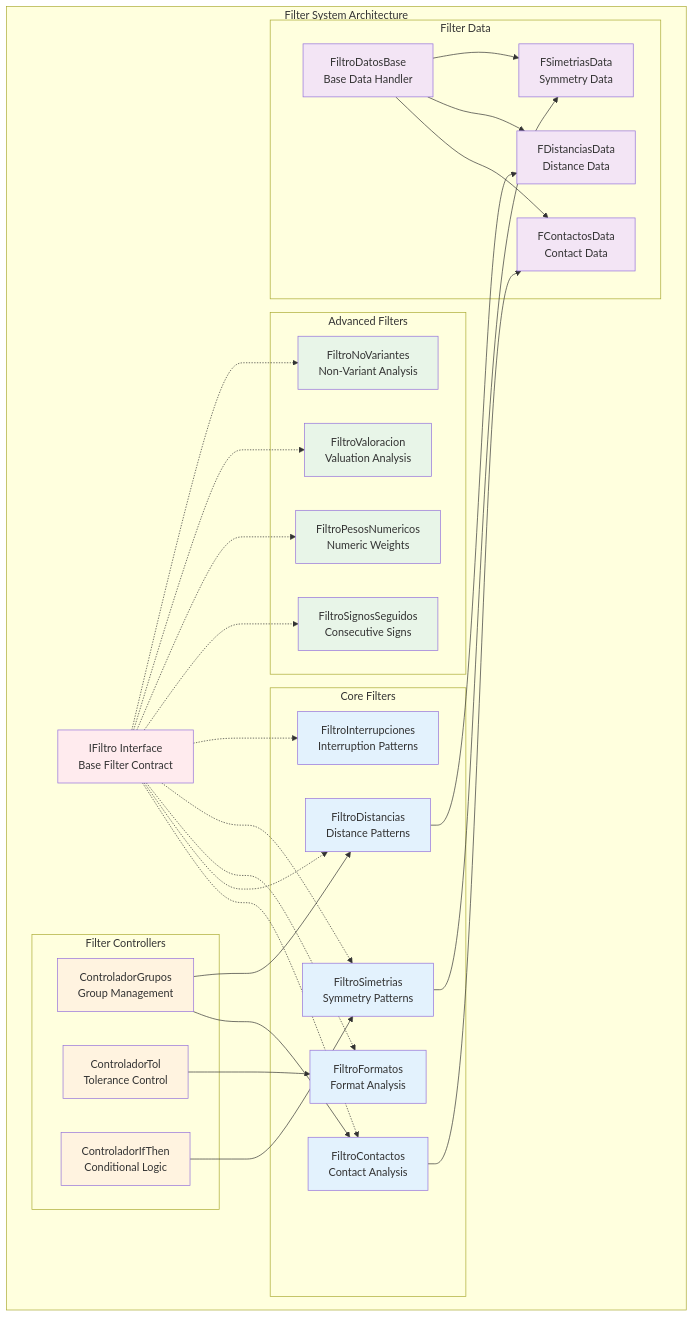
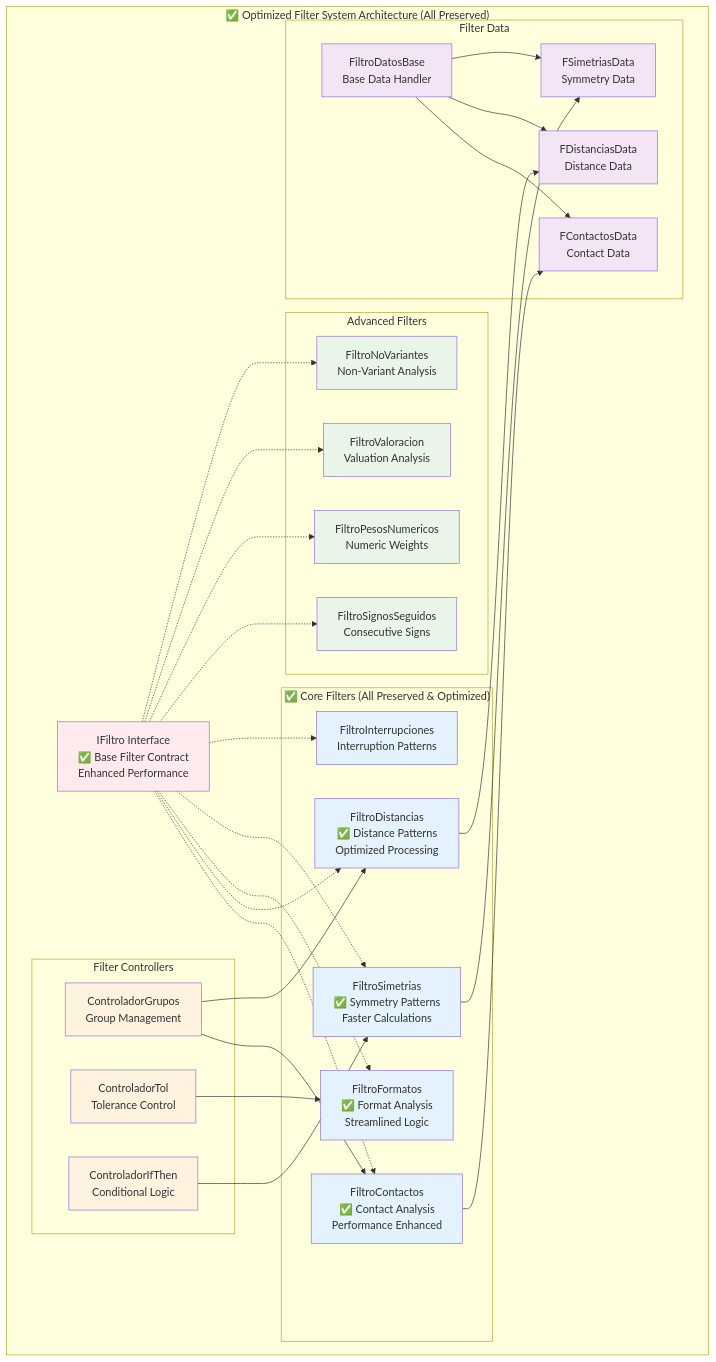
Before and after one commit to jrtejada2k/Free1x2: the third of 7 diagrams in FREE1X2_ARCHITECTURE_DIAGRAMS.md, drawn with Mermaid. The commit also changed other lines of this file and 2 other files, not shown here.

````diff
--- a/FREE1X2_ARCHITECTURE_DIAGRAMS.md
+++ b/FREE1X2_ARCHITECTURE_DIAGRAMS.md
@@ -128,72 +143,72 @@
 ```mermaid
 graph TD
-    subgraph "Filter System Architecture"
-        A[IFiltro Interface<br/>Base Filter Contract]
+    subgraph "✅ Optimized Filter System Architecture (All Preserved)"
+        A[IFiltro Interface<br/>✅ Base Filter Contract<br/>Enhanced Performance]
         
-        subgraph "Core Filters"
-            B[FiltroContactos<br/>Contact Analysis]
-            C[FiltroDistancias<br/>Distance Patterns]
-            D[FiltroFormatos<br/>Format Analysis]
-            E[FiltroSimetrias<br/>Symmetry Patterns]
+        subgraph "✅ Core Filters (All Preserved & Optimized)"
+            B[FiltroContactos<br/>✅ Contact Analysis<br/>Performance Enhanced]
+            C[FiltroDistancias<br/>✅ Distance Patterns<br/>Optimized Processing]
+            D[FiltroFormatos<br/>✅ Format Analysis<br/>Streamlined Logic]
+            E[FiltroSimetrias<br/>✅ Symmetry Patterns<br/>Faster Calculations]
             F[FiltroInterrupciones<br/>Interruption Patterns]
         end
         
         subgraph "Advanced Filters"
             G[FiltroSignosSeguidos<br/>Consecutive Signs]
             H[FiltroPesosNumericos<br/>Numeric Weights]
             I[FiltroValoracion<br/>Valuation Analysis]
             J[FiltroNoVariantes<br/>Non-Variant Analysis]
         end
         
         subgraph "Filter Controllers"
             K[ControladorGrupos<br/>Group Management]
             L[ControladorTol<br/>Tolerance Control]
             M[ControladorIfThen<br/>Conditional Logic]
         end
         
         subgraph "Filter Data"
             N[FiltroDatosBase<br/>Base Data Handler]
             O[FContactosData<br/>Contact Data]
             P[FDistanciasData<br/>Distance Data]
             Q[FSimetriasData<br/>Symmetry Data]
         end
     end
     
     %% Interface Implementation
     A -.-> B
     A -.-> C
     A -.-> D
     A -.-> E
     A -.-> F
     A -.-> G
     A -.-> H
     A -.-> I
     A -.-> J
     
     %% Controller Management
     K --> B
     K --> C
     L --> D
     M --> E
     
     %% Data Relationships
     N --> O
     N --> P
     N --> Q
     B --> O
     C --> P
     E --> Q
     
     %% Styling
     classDef interface fill:#ffebee
     classDef core fill:#e3f2fd
     classDef advanced fill:#e8f5e8
     classDef controller fill:#fff3e0
     classDef data fill:#f3e5f5
     
     class A interface
     class B,C,D,E,F core
     class G,H,I,J advanced
     class K,L,M controller
     class N,O,P,Q data
 ```
````
